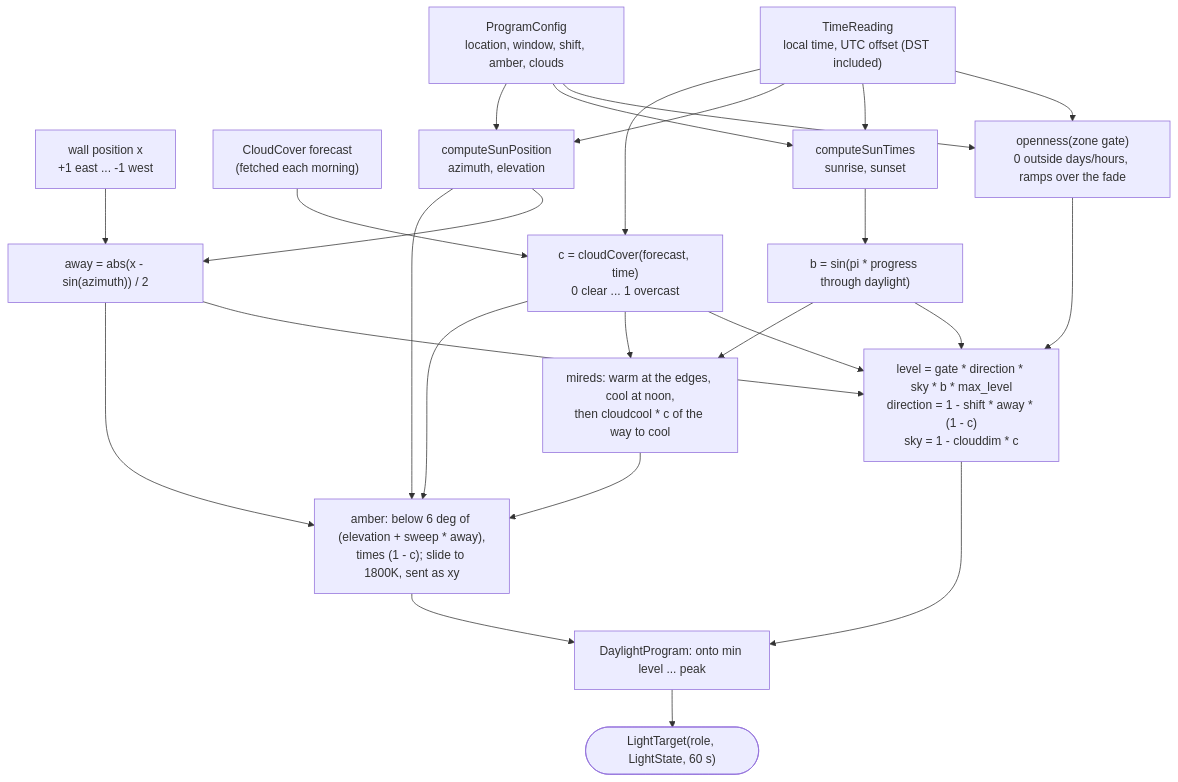
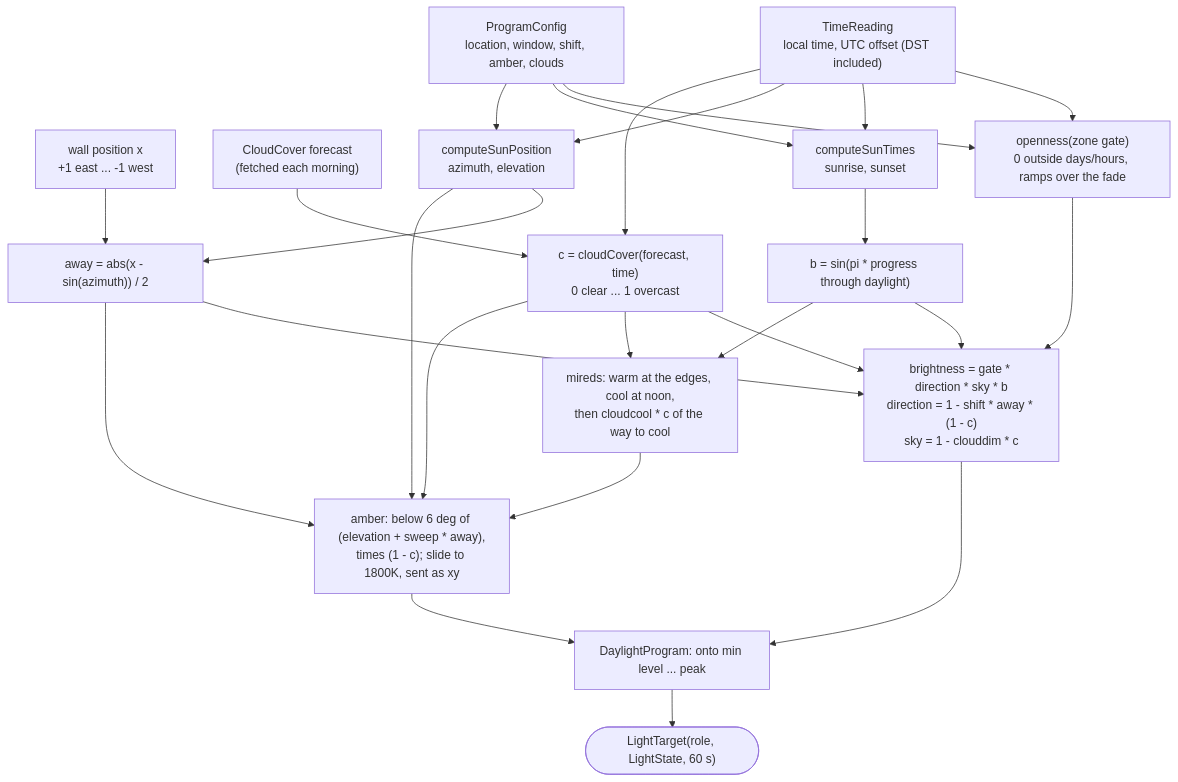
Before and after one commit to bjerre/sunsim: the fifth of 5 diagrams in DESIGN.md, drawn with Mermaid. The commit also changed other lines of this file and 4 other files, not shown here.

````diff
--- a/DESIGN.md
+++ b/DESIGN.md
@@ -193,32 +193,32 @@
 ```mermaid
 flowchart TB
     T["TimeReading<br/>local time, UTC offset (DST included)"]
     X["wall position x<br/>+1 east ... -1 west"]
     CFG["ProgramConfig<br/>location, window, shift, amber, clouds"]
     FC["CloudCover forecast<br/>(fetched each morning)"]
 
     T & CFG --> G["openness(zone gate)<br/>0 outside days/hours, ramps over the fade"]
     T & CFG --> ST["computeSunTimes<br/>sunrise, sunset"]
     T & CFG --> SP["computeSunPosition<br/>azimuth, elevation"]
     T & FC --> CC["c = cloudCover(forecast, time)<br/>0 clear ... 1 overcast"]
 
     ST --> BR["b = sin(pi * progress through daylight)"]
     SP --> AW["away = abs(x - sin(azimuth)) / 2"]
     X --> AW
 
-    BR --> LV["level = gate * direction * sky * b * max_level<br/>direction = 1 - shift * away * (1 - c)<br/>sky = 1 - clouddim * c"]
+    BR --> LV["brightness = gate * direction * sky * b<br/>direction = 1 - shift * away * (1 - c)<br/>sky = 1 - clouddim * c"]
     G --> LV
     AW --> LV
     CC --> LV
     BR --> MI["mireds: warm at the edges, cool at noon,<br/>then cloudcool * c of the way to cool"]
     CC --> MI
 
     SP --> AM["amber: below 6 deg of (elevation + sweep * away),<br/>times (1 - c); slide to 1800K, sent as xy"]
     AW --> AM
     MI --> AM
     CC --> AM
 
     LV --> PK["DaylightProgram: onto min level ... peak"]
     AM --> PK
     PK --> LT(["LightTarget(role, LightState, 60 s)"])
 ```
````
